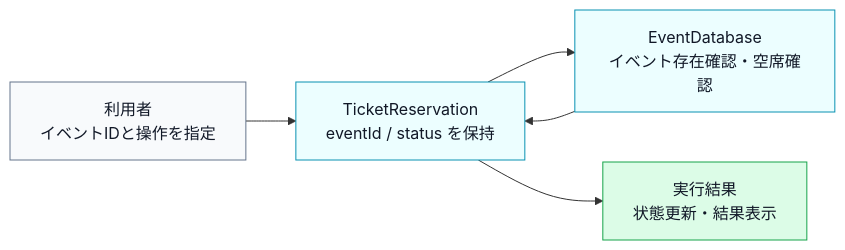
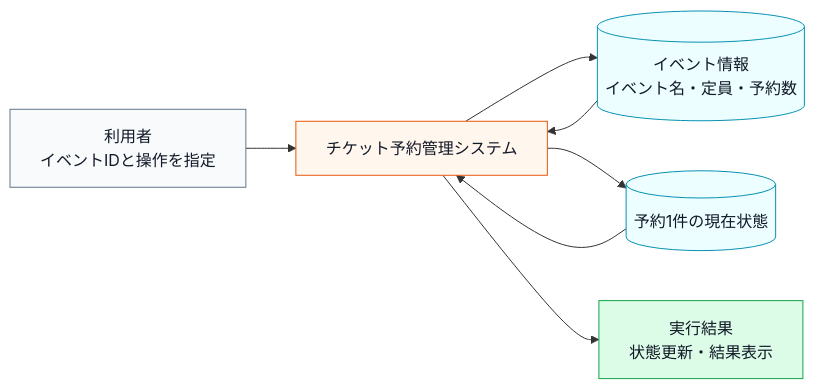
One commit to kumachan1101-pixel/DesignPattern changed the first of 16 diagrams in kindle/design-patterns/output/chapter03.md. Above: the diagram before and after it, drawn with Mermaid. The commit also changed other lines of this file and 14 other files, not shown here.

Commit message:
全章の仕様図と変更対象外基盤を整合

````diff
--- a/kindle/design-patterns/output/chapter03.md
+++ b/kindle/design-patterns/output/chapter03.md
@@ -46,14 +46,18 @@
 ```mermaid
 flowchart LR
-    U["利用者<br>イベントIDと操作を指定"] --> T["TicketReservation<br>eventId / status を保持"]
-    T --> D["EventDatabase<br>イベント存在確認・空席確認"]
+    U["利用者<br>イベントIDと操作を指定"] --> T["チケット予約管理システム"]
+    T --> D[("イベント情報<br>イベント名・定員・予約数")]
     D --> T
+    T --> S[("予約1件の現在状態")]
+    S --> T
     T --> R["実行結果<br>状態更新・結果表示"]
 
     classDef actor fill:#f8fafc,stroke:#64748b,color:#111827;
     classDef data fill:#ecfeff,stroke:#0891b2,color:#111827;
+    classDef process fill:#fff7ed,stroke:#ea580c,color:#111827;
     classDef result fill:#dcfce7,stroke:#16a34a,color:#111827;
     class U actor;
-    class T,D data;
+    class D,S data;
+    class T process;
     class R result;
 ```
````
